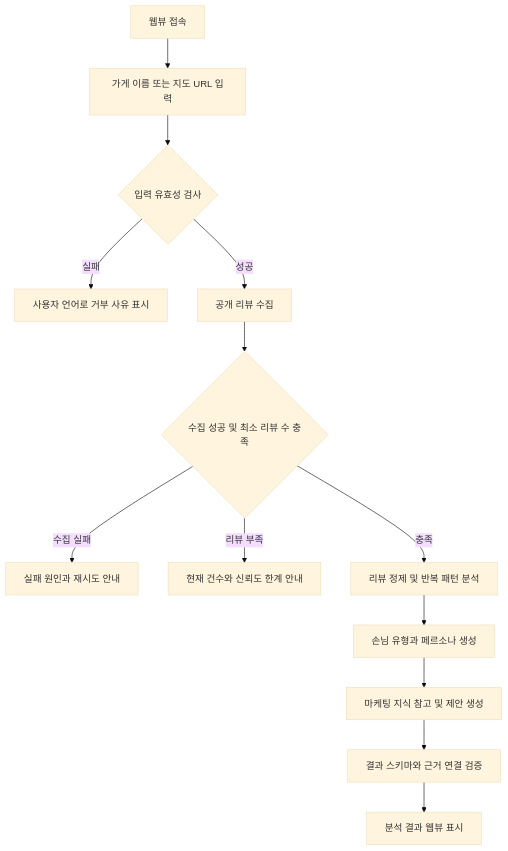
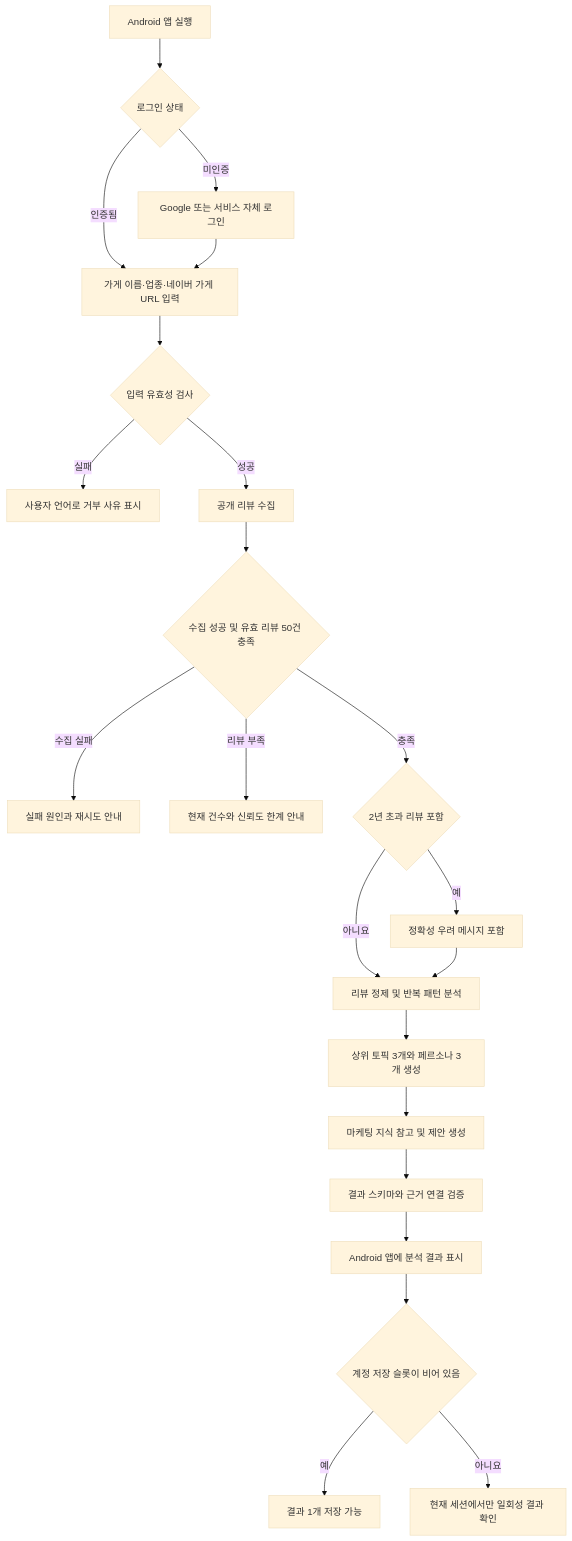
The diagram in docs/product/requirements/GUEST_ANALYSIS_FUNCTIONAL_SPEC.md (SKUnohtaekyung/PULSE_SCC), drawn with Mermaid (base theme) before and after one commit. The commit also changed other lines of this file and 12 other files, not shown here.

````diff
--- a/docs/product/requirements/GUEST_ANALYSIS_FUNCTIONAL_SPEC.md
+++ b/docs/product/requirements/GUEST_ANALYSIS_FUNCTIONAL_SPEC.md
@@ -65,15 +70,24 @@
 ```mermaid
 flowchart TD
-    A[웹뷰 접속] --> B[가게 이름 또는 지도 URL 입력]
+    A[Android 앱 실행] --> A1{로그인 상태}
+    A1 -- 미인증 --> A2[Google 또는 서비스 자체 로그인]
+    A1 -- 인증됨 --> B[가게 이름·업종·네이버 가게 URL 입력]
+    A2 --> B
     B --> C{입력 유효성 검사}
     C -- 실패 --> D[사용자 언어로 거부 사유 표시]
     C -- 성공 --> E[공개 리뷰 수집]
-    E --> F{수집 성공 및 최소 리뷰 수 충족}
+    E --> F{수집 성공 및 유효 리뷰 50건 충족}
     F -- 수집 실패 --> G[실패 원인과 재시도 안내]
     F -- 리뷰 부족 --> H[현재 건수와 신뢰도 한계 안내]
-    F -- 충족 --> I[리뷰 정제 및 반복 패턴 분석]
-    I --> J[손님 유형과 페르소나 생성]
+    F -- 충족 --> F1{2년 초과 리뷰 포함}
+    F1 -- 예 --> F2[정확성 우려 메시지 포함]
+    F1 -- 아니요 --> I[리뷰 정제 및 반복 패턴 분석]
+    F2 --> I
+    I --> J[상위 토픽 3개와 페르소나 3개 생성]
     J --> K[마케팅 지식 참고 및 제안 생성]
     K --> L[결과 스키마와 근거 연결 검증]
-    L --> M[분석 결과 웹뷰 표시]
+    L --> M[Android 앱에 분석 결과 표시]
+    M --> N{계정 저장 슬롯이 비어 있음}
+    N -- 예 --> O[결과 1개 저장 가능]
+    N -- 아니요 --> P[현재 세션에서만 일회성 결과 확인]
 ```
````
